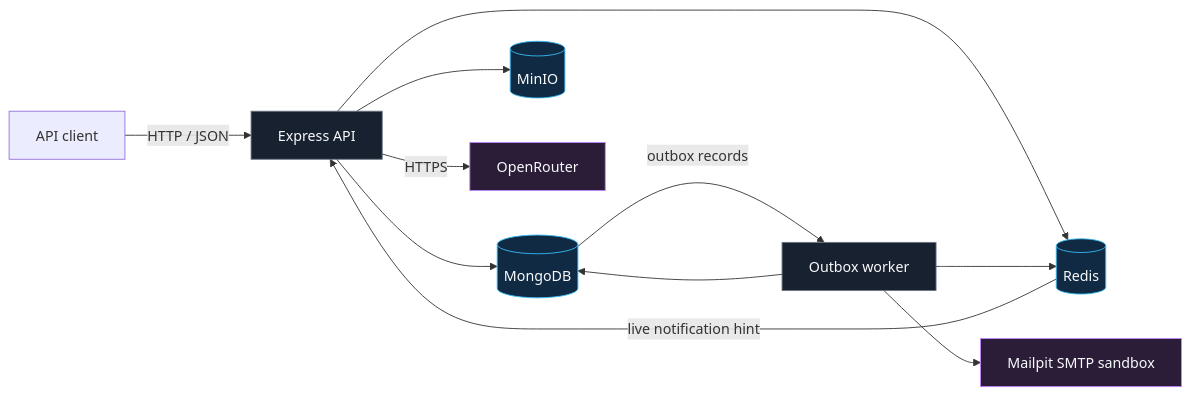
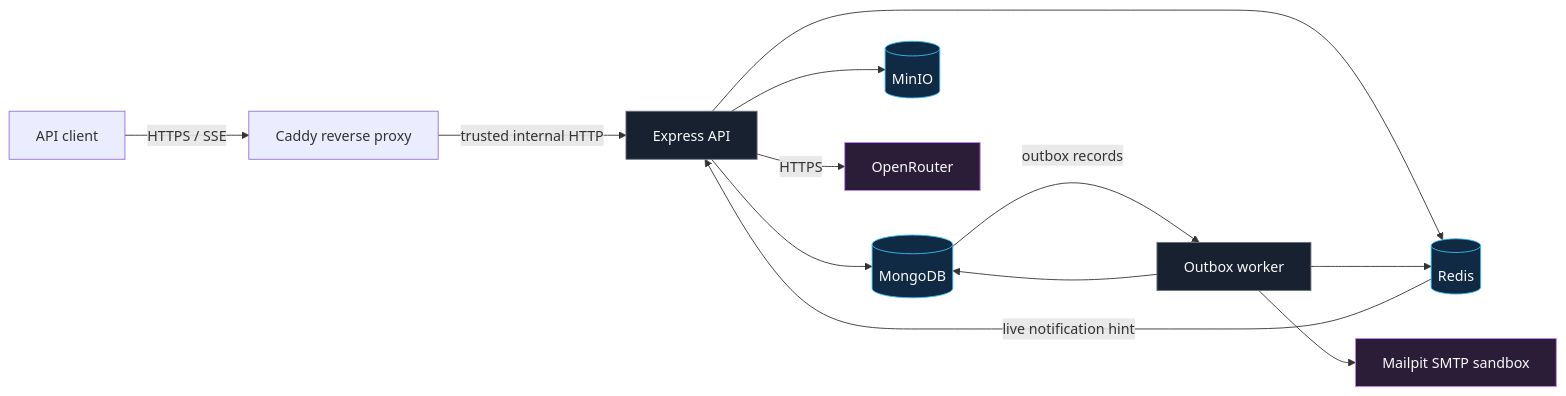
Before and after one commit to geopjinfo/task-tracking-api: the diagram in README.md, drawn with Mermaid. The commit also changed other lines of this file and 9 other files, not shown here.

````diff
--- a/README.md
+++ b/README.md
@@ -11,20 +11,21 @@
 ```mermaid
 flowchart LR
-    Client[API client] -->|HTTP / JSON| API[Express API]
+    Client[API client] -->|HTTPS / SSE| Caddy[Caddy reverse proxy]
+    Caddy -->|trusted internal HTTP| API[Express API]
     API --> Mongo[(MongoDB)]
     API --> Redis[(Redis)]
     API --> MinIO[(MinIO)]
     API -->|HTTPS| OpenRouter[OpenRouter]
     Mongo -->|outbox records| Worker[Outbox worker]
     Worker --> Mongo
     Worker --> Redis
     Worker --> Mailpit[Mailpit SMTP sandbox]
     Redis -->|live notification hint| API
 
     classDef runtime fill:#18212f,stroke:#6b7280,color:#f8fafc;
     classDef data fill:#102a43,stroke:#38bdf8,color:#f8fafc;
     classDef external fill:#2b1d38,stroke:#c084fc,color:#f8fafc;
     class API,Worker runtime;
     class Mongo,Redis,MinIO data;
     class Mailpit,OpenRouter external;
 ```
````
